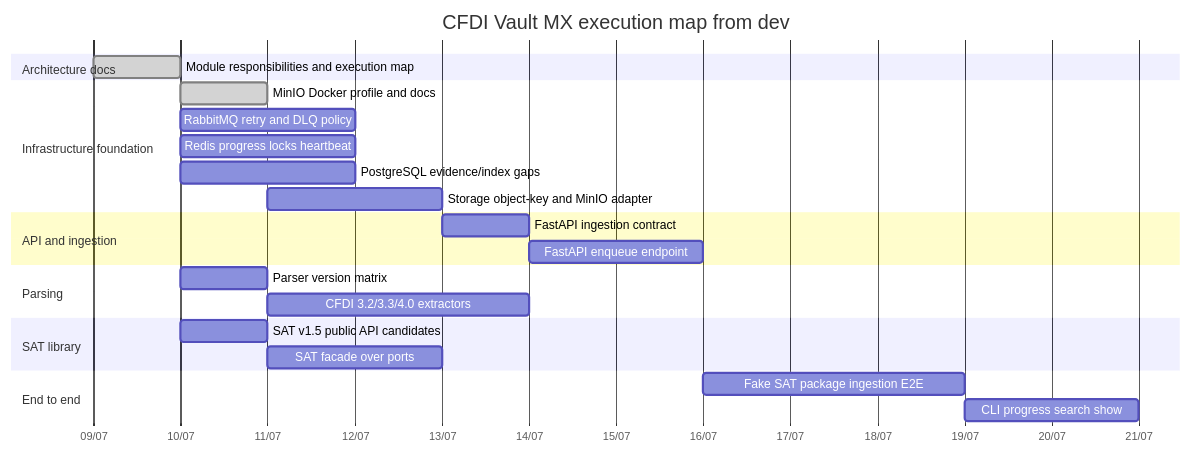
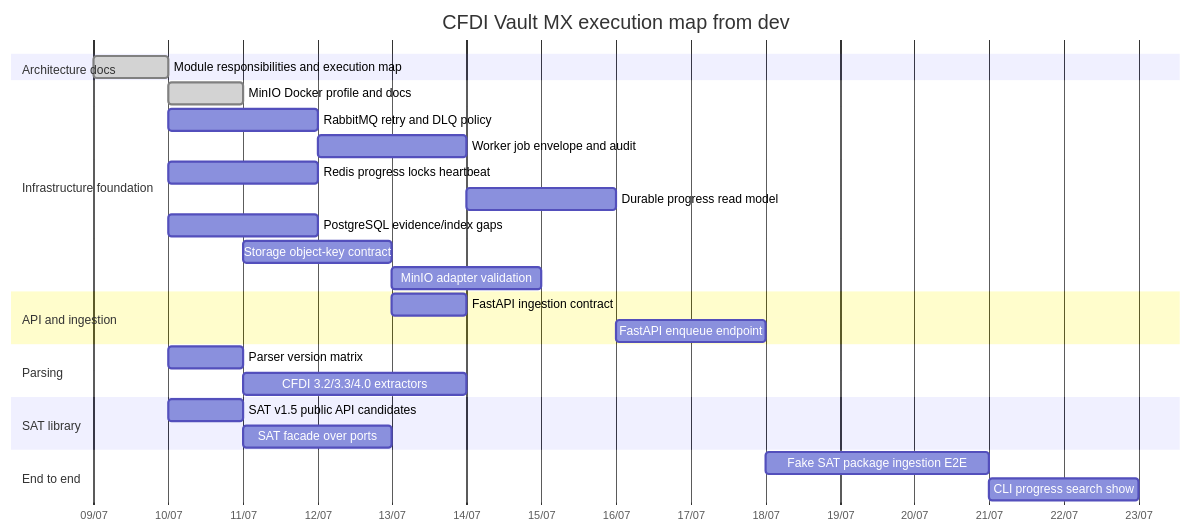
Before and after one commit to Crls8a/cfdi-vault-mx: the diagram in docs/planning/architecture-execution-plan.md, drawn with Mermaid. The commit also changed other lines of this file and 3 other files, not shown here.

````diff
--- a/docs/planning/architecture-execution-plan.md
+++ b/docs/planning/architecture-execution-plan.md
@@ -27,32 +27,35 @@
 ```mermaid
 gantt
     title CFDI Vault MX execution map from dev
     dateFormat  YYYY-MM-DD
     axisFormat  %d/%m
 
     section Architecture docs
     Module responsibilities and execution map :done, docs-map, 2026-07-09, 1d
 
     section Infrastructure foundation
     MinIO Docker profile and docs        :done, minio-profile, after docs-map, 1d
     RabbitMQ retry and DLQ policy        :queue, after docs-map, 2d
+    Worker job envelope and audit        :queue-worker, after queue db, 2d
     Redis progress locks heartbeat       :redis, after docs-map, 2d
+    Durable progress read model          :redis-read, after redis queue-worker, 2d
     PostgreSQL evidence/index gaps       :db, after docs-map, 2d
-    Storage object-key and MinIO adapter :storage, after minio-profile, 2d
+    Storage object-key contract          :storage, after minio-profile, 2d
+    MinIO adapter validation             :storage-minio, after storage, 2d
 
     section API and ingestion
-    FastAPI ingestion contract           :api-contract, after storage, 1d
-    FastAPI enqueue endpoint             :api-impl, after api-contract, 2d
+    FastAPI ingestion contract           :api-contract, after storage queue redis db, 1d
+    FastAPI enqueue endpoint             :api-impl, after api-contract queue-worker redis-read, 2d
 
     section Parsing
     Parser version matrix                :parser-plan, after docs-map, 1d
     CFDI 3.2/3.3/4.0 extractors          :parser-impl, after parser-plan, 3d
 
     section SAT library
     SAT v1.5 public API candidates       :lib-plan, after docs-map, 1d
     SAT facade over ports                :lib-facade, after lib-plan, 2d
 
     section End to end
     Fake SAT package ingestion E2E       :e2e, after queue redis db api-impl parser-impl, 3d
     CLI progress search show             :cli, after e2e, 2d
 ```
````
